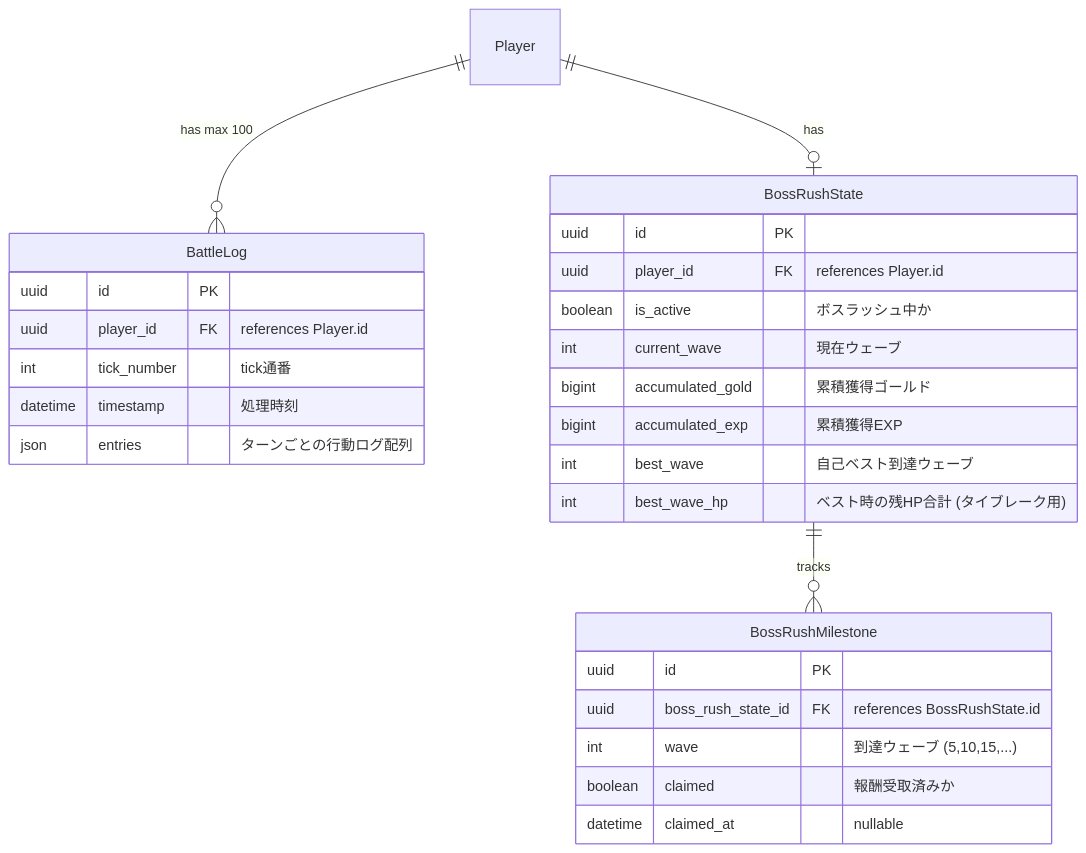
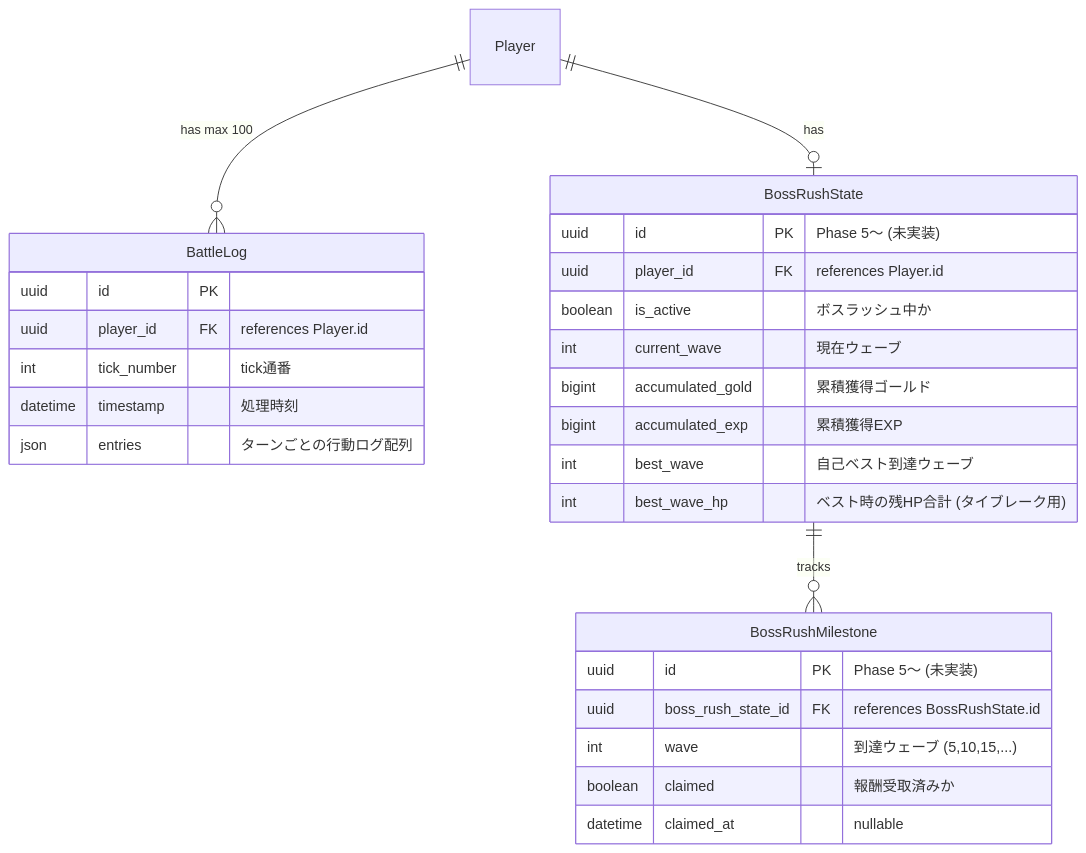
The first of 2 diagrams in diagrams/er_diagram/battle.md (dateeee/2026_AFKGAME), drawn with Mermaid before and after one commit. The commit also changed 42 other files, not shown here.

First line of the commit message:
docs: 要件定義〜製造ゲートRVの指摘42件を仕様書・設計図へ反映（fix-specs）

````diff
--- a/diagrams/er_diagram/battle.md
+++ b/diagrams/er_diagram/battle.md
@@ -7,34 +7,34 @@
 ```mermaid
 %%{init: {'theme': 'default', 'themeVariables': {'fontSize': '16px'}} }%%
 erDiagram
     Player ||--o{ BattleLog : "has max 100"
     Player ||--o| BossRushState : "has"
     BossRushState ||--o{ BossRushMilestone : "tracks"
 
     BattleLog {
         uuid id PK
         uuid player_id FK "references Player.id"
         int tick_number "tick通番"
         datetime timestamp "処理時刻"
         json entries "ターンごとの行動ログ配列"
     }
 
     BossRushState {
-        uuid id PK
+        uuid id PK "Phase 5〜 (未実装)"
         uuid player_id FK "references Player.id"
         boolean is_active "ボスラッシュ中か"
         int current_wave "現在ウェーブ"
         bigint accumulated_gold "累積獲得ゴールド"
         bigint accumulated_exp "累積獲得EXP"
         int best_wave "自己ベスト到達ウェーブ"
         int best_wave_hp "ベスト時の残HP合計 (タイブレーク用)"
     }
 
     BossRushMilestone {
-        uuid id PK
+        uuid id PK "Phase 5〜 (未実装)"
         uuid boss_rush_state_id FK "references BossRushState.id"
         int wave "到達ウェーブ (5,10,15,...)"
         boolean claimed "報酬受取済みか"
         datetime claimed_at "nullable"
     }
 ```
````
